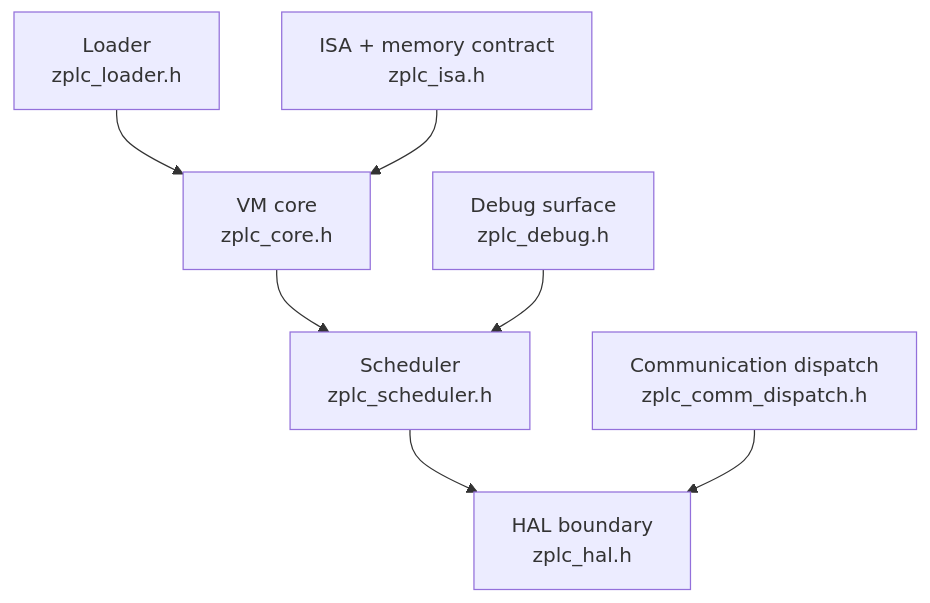
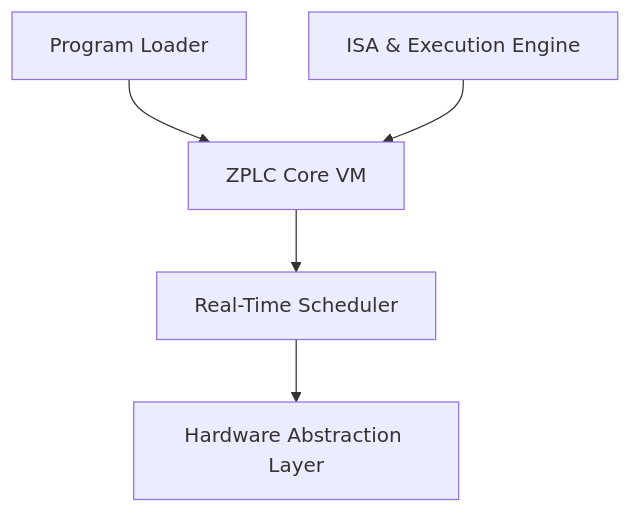
The diagram in docs/docs/runtime/index.md (eduardojvieira/ZPLC), drawn with Mermaid before and after one commit. The commit also changed other lines of this file and 55 other files, not shown here.

````diff
--- a/docs/docs/runtime/index.md
+++ b/docs/docs/runtime/index.md
@@ -29,17 +25,13 @@
 ```mermaid
 flowchart TD
-  Loader[Loader\nzplc_loader.h]
-  Core[VM core\nzplc_core.h]
-  Sched[Scheduler\nzplc_scheduler.h]
-  ISA[ISA + memory contract\nzplc_isa.h]
-  HAL[HAL boundary\nzplc_hal.h]
-  Debug[Debug surface\nzplc_debug.h]
-  Comm[Communication dispatch\nzplc_comm_dispatch.h]
+  Loader[Program Loader]
+  Core[ZPLC Core VM]
+  Sched[Real-Time Scheduler]
+  ISA[ISA & Execution Engine]
+  HAL[Hardware Abstraction Layer]
 
   Loader --> Core
   ISA --> Core
   Core --> Sched
   Sched --> HAL
-  Debug --> Sched
-  Comm --> HAL
 ```
````
